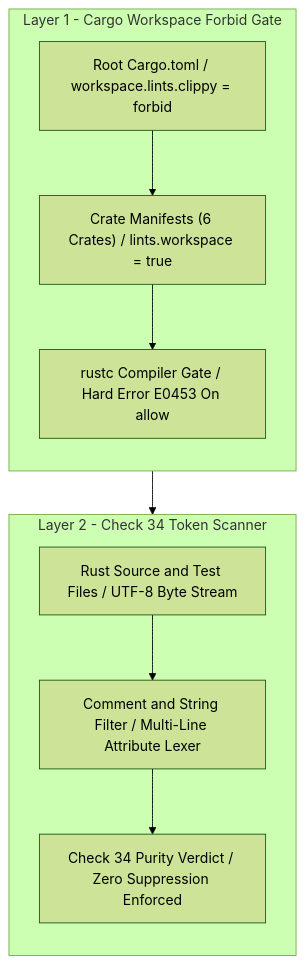
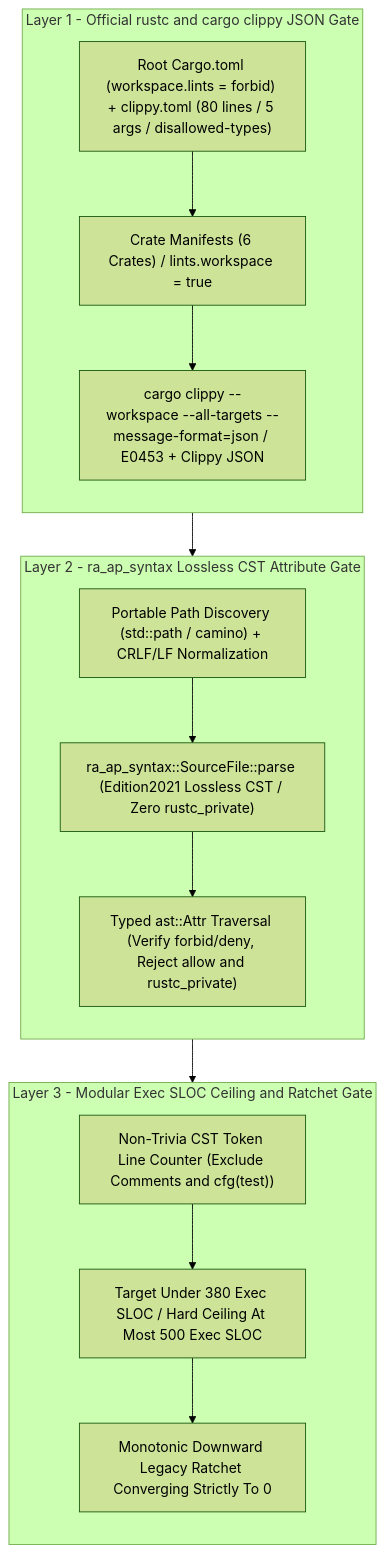
One commit to gintatkinson/DEAP01-spec-core changed the second of 4 diagrams in docs/designs/blueprint-01-compiler-enforced-lint-forbid-gate.md. Above: the diagram before and after it, drawn with Mermaid (forest theme). The commit also changed other lines of this file and 2 other files, not shown here.

Commit message:
docs(blueprints): refactor BP-01 onto official clippy JSON and ra_ap_syntax CST

````diff
--- a/docs/designs/blueprint-01-compiler-enforced-lint-forbid-gate.md
+++ b/docs/designs/blueprint-01-compiler-enforced-lint-forbid-gate.md
@@ -104,22 +131,32 @@
 ```mermaid
 flowchart TD
-    subgraph "Layer 1 - Cargo Workspace Forbid Gate"
+    subgraph "Layer 1 - Official rustc and cargo clippy JSON Gate"
         direction TB
-        M1["Root Cargo.toml / workspace.lints.clippy = forbid"]
+        M1["Root Cargo.toml (workspace.lints = forbid) + clippy.toml (80 lines / 5 args / disallowed-types)"]
         M2["Crate Manifests (6 Crates) / lints.workspace = true"]
-        M3["rustc Compiler Gate / Hard Error E0453 On allow"]
+        M3["cargo clippy --workspace --all-targets --message-format=json / E0453 + Clippy JSON"]
         M1 --> M2
         M2 --> M3
     end
 
-    subgraph "Layer 2 - Check 34 Token Scanner"
+    subgraph "Layer 2 - ra_ap_syntax Lossless CST Attribute Gate"
         direction TB
-        S1["Rust Source and Test Files / UTF-8 Byte Stream"]
-        S2["Comment and String Filter / Multi-Line Attribute Lexer"]
-        S3["Check 34 Purity Verdict / Zero Suppression Enforced"]
-        S1 --> S2
-        S2 --> S3
+        C1["Portable Path Discovery (std::path / camino) + CRLF/LF Normalization"]
+        C2["ra_ap_syntax::SourceFile::parse (Edition2021 Lossless CST / Zero rustc_private)"]
+        C3["Typed ast::Attr Traversal (Verify forbid/deny, Reject allow and rustc_private)"]
+        C1 --> C2
+        C2 --> C3
     end
 
-    M3 --> S1
+    subgraph "Layer 3 - Modular Exec SLOC Ceiling and Ratchet Gate"
+        direction TB
+        R1["Non-Trivia CST Token Line Counter (Exclude Comments and cfg(test))"]
+        R2["Target Under 380 Exec SLOC / Hard Ceiling At Most 500 Exec SLOC"]
+        R3["Monotonic Downward Legacy Ratchet Converging Strictly To 0"]
+        R1 --> R2
+        R2 --> R3
+    end
+
+    M3 --> C1
+    C3 --> R1
 ```
````
